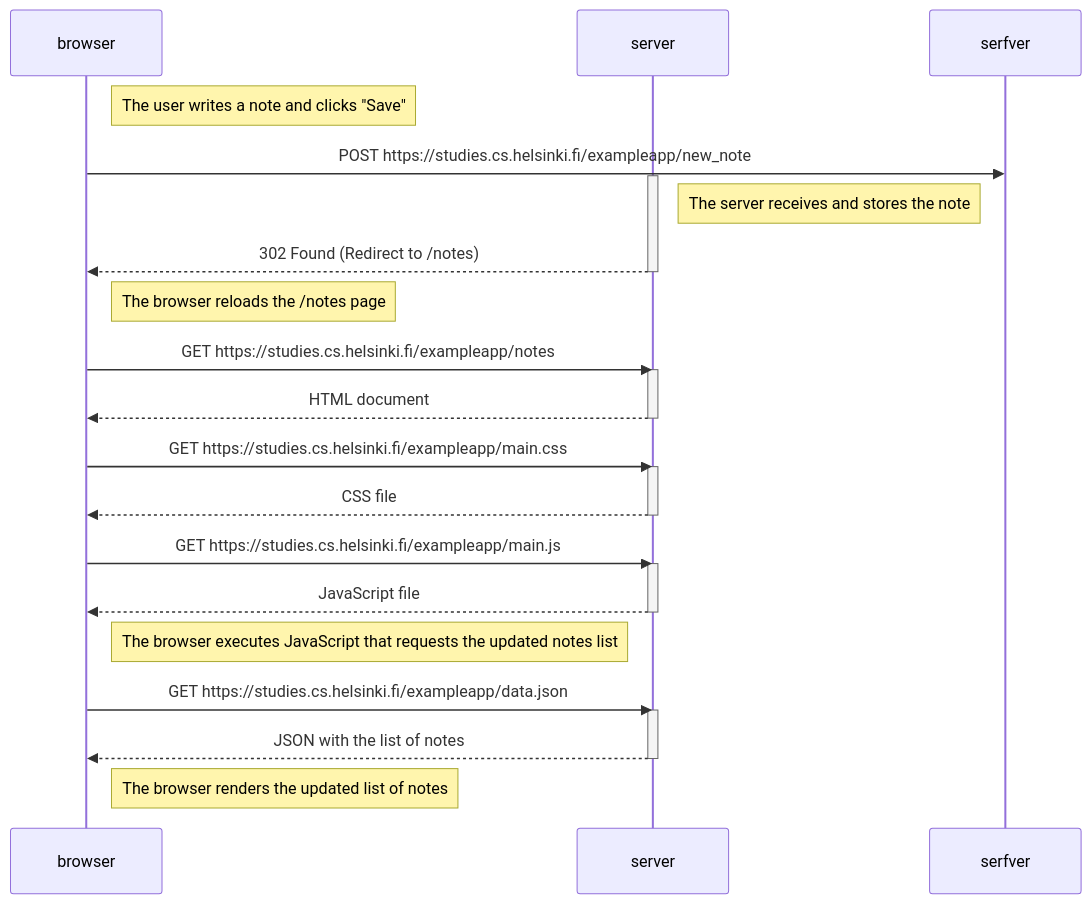
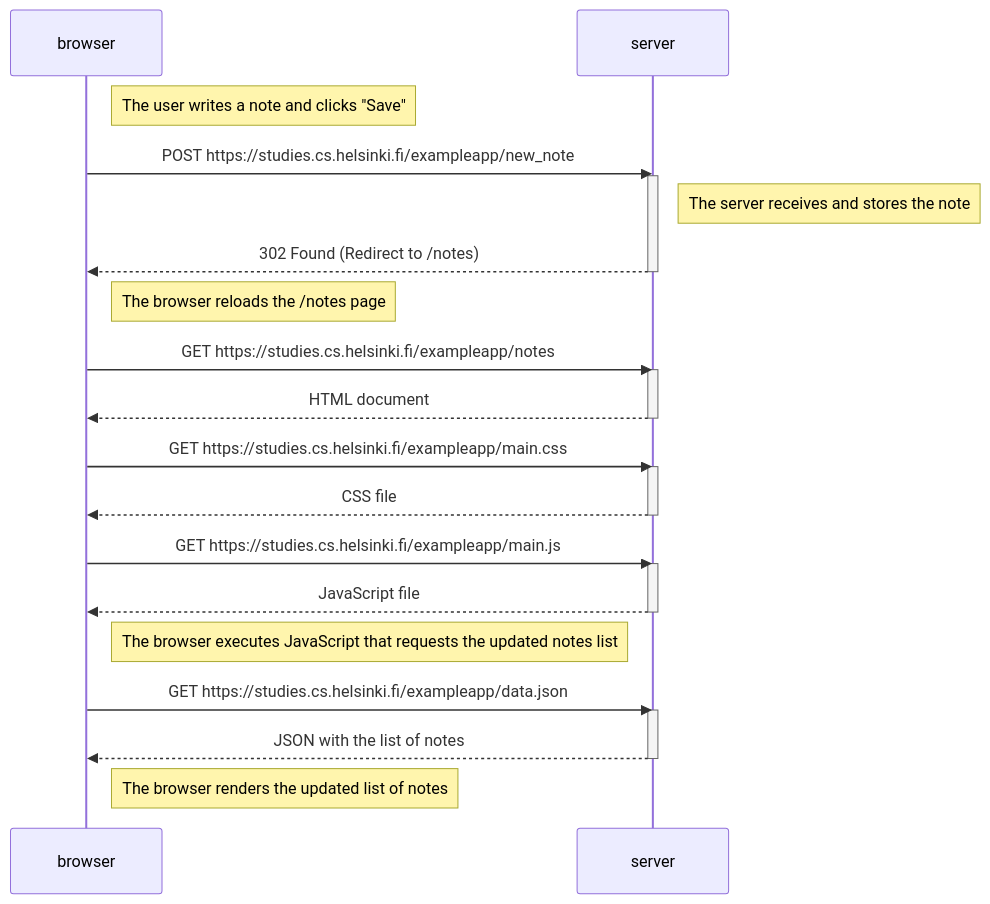
One commit to KeiBi03/FullStack-exercises changed the diagram in part0/diagram_0_4.md. Above: the diagram before and after it, drawn with Mermaid.

````diff
--- a/part0/diagram_0_4.md
+++ b/part0/diagram_0_4.md
@@ -1,39 +1,39 @@
 ```mermaid
     sequenceDiagram
     participant browser
     participant server
 
     Note right of browser: The user writes a note and clicks "Save"
-    browser->>serfver: POST https://studies.cs.helsinki.fi/exampleapp/new_note
+    browser->>server: POST https://studies.cs.helsinki.fi/exampleapp/new_note
     activate server
     Note right of server: The server receives and stores the note
     server-->>browser: 302 Found (Redirect to /notes)
     deactivate server
 
     Note right of browser: The browser reloads the /notes page
 
     browser->>server: GET https://studies.cs.helsinki.fi/exampleapp/notes
     activate server
     server-->>browser: HTML document
     deactivate server
 
     browser->>server: GET https://studies.cs.helsinki.fi/exampleapp/main.css
     activate server
     server-->>browser: CSS file
     deactivate server
 
     browser->>server: GET https://studies.cs.helsinki.fi/exampleapp/main.js
     activate server
     server-->>browser: JavaScript file
     deactivate server
 
     Note right of browser: The browser executes JavaScript that requests the updated notes list
 
     browser->>server: GET https://studies.cs.helsinki.fi/exampleapp/data.json
     activate server
     server-->>browser: JSON with the list of notes
     deactivate server
 
     Note right of browser: The browser renders the updated list of notes
 
 ```
````
